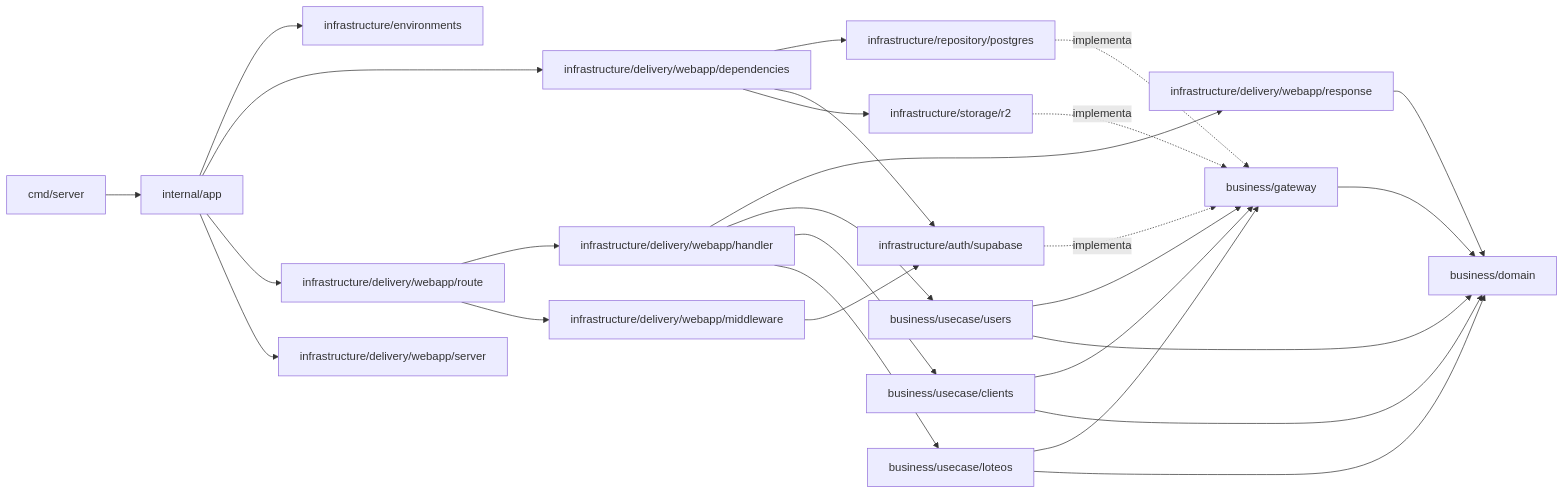
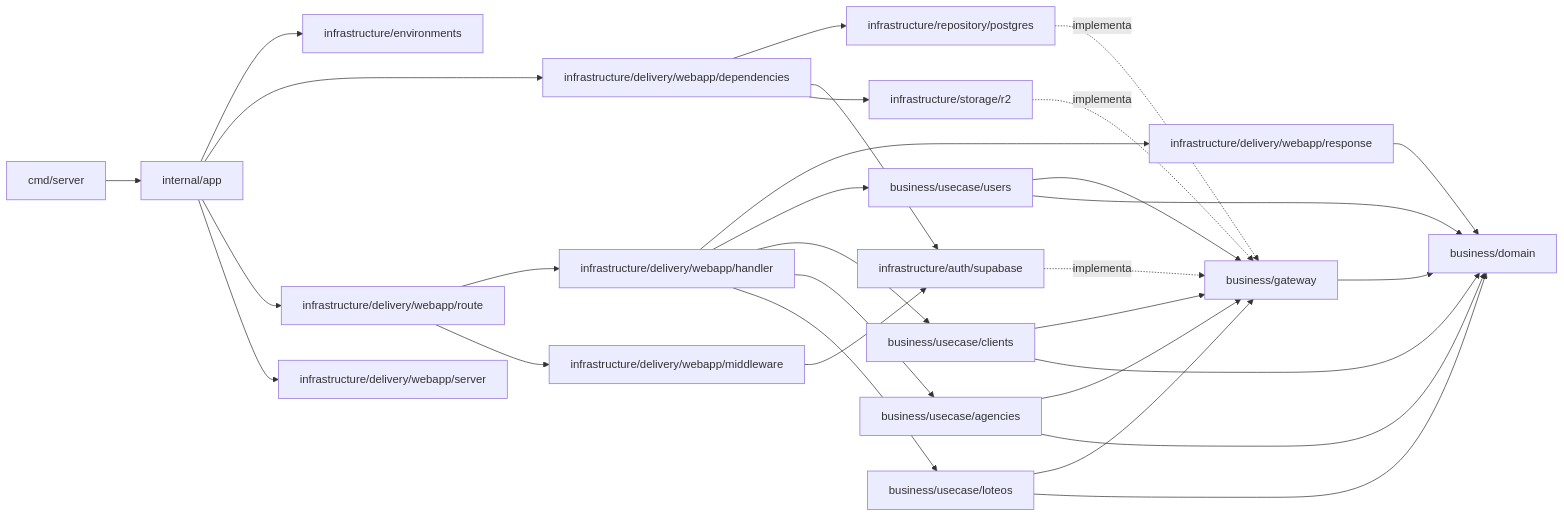
One commit to LoteoApp/LoteosAPP changed the second of 2 diagrams in docs/architecture.md. Above: the diagram before and after it, drawn with Mermaid. The commit also changed other lines of this file and 3 other files, not shown here.

````diff
--- a/docs/architecture.md
+++ b/docs/architecture.md
@@ -200,29 +230,32 @@
 ```mermaid
 flowchart LR
     main["cmd/server"] --> app["internal/app"]
     app --> environments["infrastructure/environments"]
     app --> deps["infrastructure/delivery/webapp/dependencies"]
     app --> route["infrastructure/delivery/webapp/route"]
     app --> server["infrastructure/delivery/webapp/server"]
     deps --> repo["infrastructure/repository/postgres"]
     deps --> supabase["infrastructure/auth/supabase"]
     deps --> storage["infrastructure/storage/r2"]
     route --> handler["infrastructure/delivery/webapp/handler"]
     route --> middleware["infrastructure/delivery/webapp/middleware"]
     middleware --> supabase
     handler --> response["infrastructure/delivery/webapp/response"]
     handler --> usecaseUsers["business/usecase/users"]
     handler --> usecaseClients["business/usecase/clients"]
+    handler --> usecaseAgencies["business/usecase/agencies"]
     handler --> usecaseLoteos["business/usecase/loteos"]
     repo -.implementa.-> gateway["business/gateway"]
     supabase -.implementa.-> gateway
     storage -.implementa.-> gateway
     usecaseUsers --> gateway
     usecaseClients --> gateway
+    usecaseAgencies --> gateway
     usecaseLoteos --> gateway
     usecaseUsers --> domain["business/domain"]
     usecaseClients --> domain
+    usecaseAgencies --> domain
     usecaseLoteos --> domain
     response --> domain
     gateway --> domain
 ```
````
